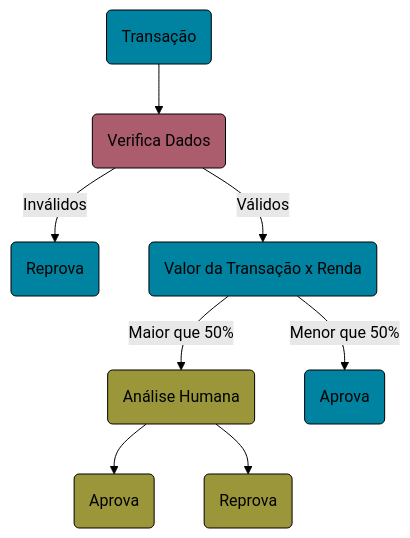
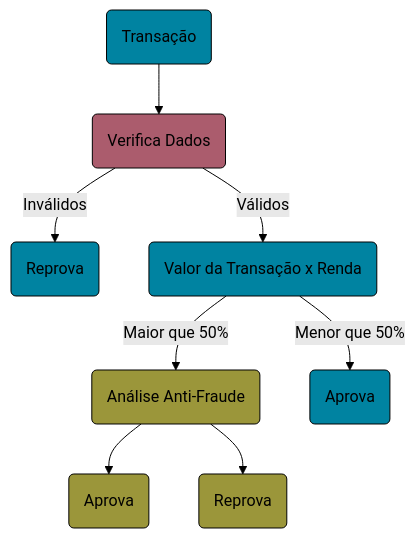
Before and after one commit to Brazil-I-m-DEVastated/DEVastation: the diagram in README.md, drawn with Mermaid (forest theme).

````diff
--- a/README.md
+++ b/README.md
@@ -13,18 +13,18 @@
 ```mermaid
 graph TD;
 T1(Transação) --> C1(Verifica Dados) -- Inválidos --> T2(Reprova)
 C1 -- Válidos --> T3(Valor da Transação x Renda)
-T3 -- Maior que 50% --> F1(Análise Humana)
+T3 -- Maior que 50% --> F1(Análise Anti-Fraude)
 T3 -- Menor que 50% --> T4(Aprova)
 F1 --> F2(Aprova)
 F1 --> F3(Reprova)
 
 style C1 fill: #ab5c6d, stroke: #000
 style F1 fill: #9b963a, stroke: #000
 style F2 fill: #9b963a, stroke: #000
 style F3 fill: #9b963a, stroke: #000
 style T1 fill: #0083a1, stroke: #000
 style T2 fill: #0083a1, stroke: #000
 style T3 fill: #0083a1, stroke: #000
 style T4 fill: #0083a1, stroke: #000
 ```
````
